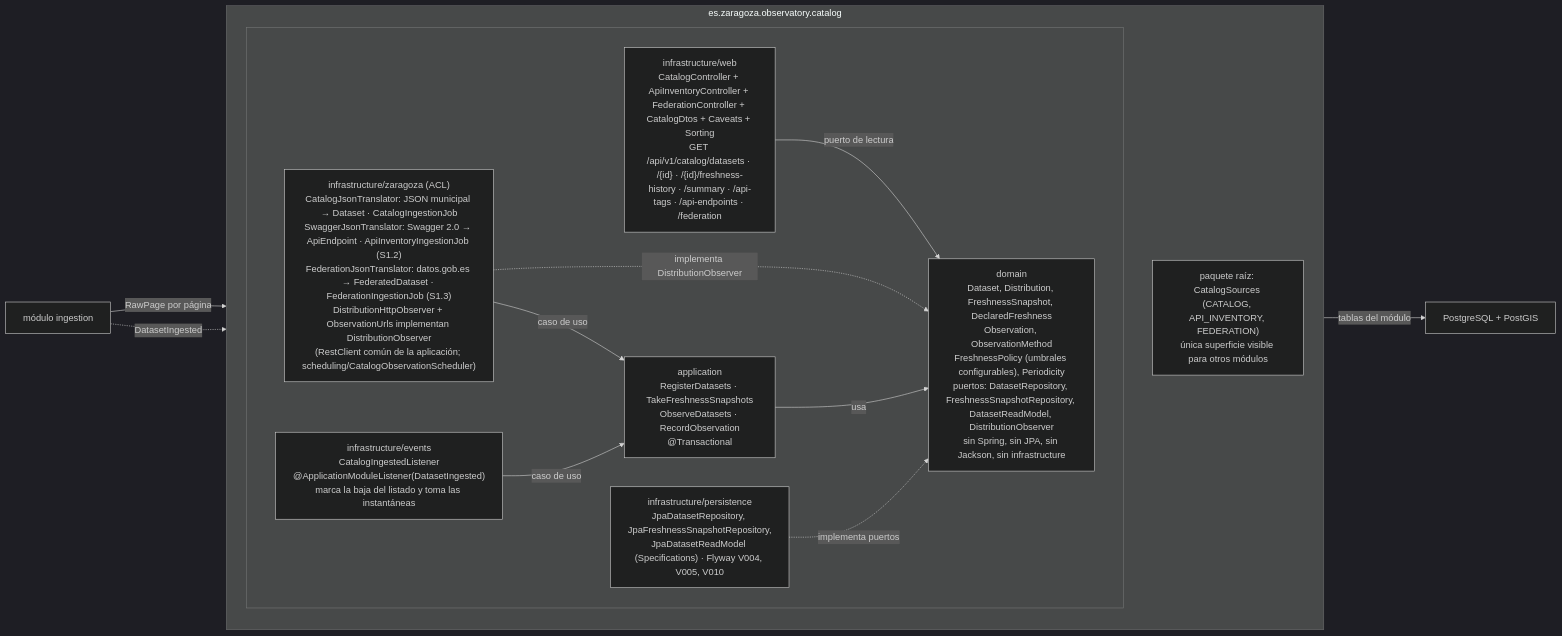
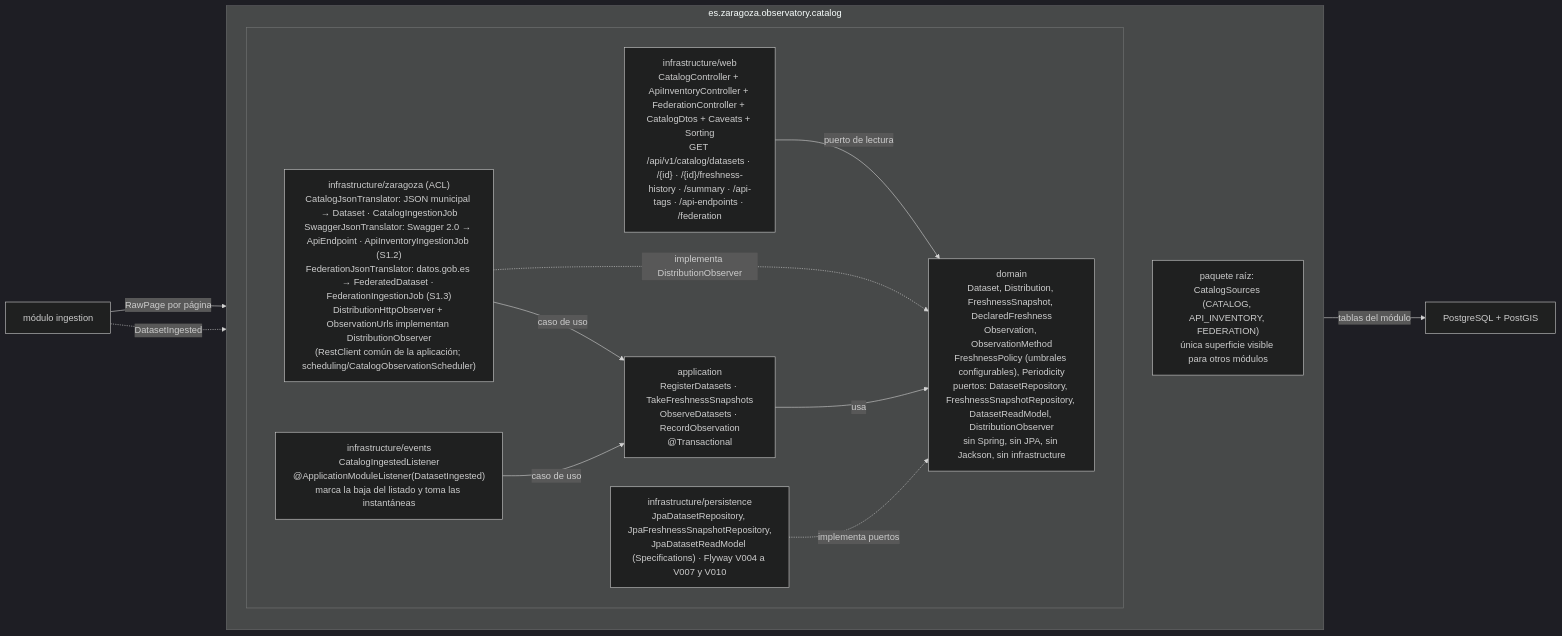
Before and after one commit to MarioNaya/zaragoza-observatorio: the third of 3 diagrams in docs/arquitectura.md, drawn with Mermaid (dark theme). The commit also changed other lines of this file and 6 other files, not shown here.

````diff
--- a/docs/arquitectura.md
+++ b/docs/arquitectura.md
@@ -104,24 +104,24 @@
 ```mermaid
 flowchart LR
   subgraph MOD["es.zaragoza.observatory.catalog"]
     direction TB
     APIP["paquete raíz: CatalogSources (CATALOG, API_INVENTORY, FEDERATION)<br/>única superficie visible para otros módulos"]
     subgraph HEX[" "]
       direction LR
       WEB["infrastructure/web<br/>CatalogController + ApiInventoryController + FederationController + CatalogDtos + Caveats + Sorting<br/>GET /api/v1/catalog/datasets · /{id} · /{id}/freshness-history · /summary · /api-tags · /api-endpoints · /federation"]
       APP["application<br/>RegisterDatasets · TakeFreshnessSnapshots<br/>ObserveDatasets · RecordObservation<br/>@Transactional"]
       DOMN["domain<br/>Dataset, Distribution, FreshnessSnapshot, DeclaredFreshness<br/>Observation, ObservationMethod<br/>FreshnessPolicy (umbrales configurables), Periodicity<br/>puertos: DatasetRepository, FreshnessSnapshotRepository, DatasetReadModel, DistributionObserver<br/>sin Spring, sin JPA, sin Jackson, sin infrastructure"]
       ZGZ["infrastructure/zaragoza (ACL)<br/>CatalogJsonTranslator: JSON municipal → Dataset · CatalogIngestionJob<br/>SwaggerJsonTranslator: Swagger 2.0 → ApiEndpoint · ApiInventoryIngestionJob (S1.2)<br/>FederationJsonTranslator: datos.gob.es → FederatedDataset · FederationIngestionJob (S1.3)<br/>DistributionHttpObserver + ObservationUrls implementan DistributionObserver<br/>(RestClient común de la aplicación; scheduling/CatalogObservationScheduler)"]
       EVT["infrastructure/events<br/>CatalogIngestedListener<br/>@ApplicationModuleListener(DatasetIngested)<br/>marca la baja del listado y toma las instantáneas"]
-      PER["infrastructure/persistence<br/>JpaDatasetRepository, JpaFreshnessSnapshotRepository,<br/>JpaDatasetReadModel (Specifications) · Flyway V004, V005, V010"]
+      PER["infrastructure/persistence<br/>JpaDatasetRepository, JpaFreshnessSnapshotRepository,<br/>JpaDatasetReadModel (Specifications) · Flyway V004 a V007 y V010"]
       WEB -- "puerto de lectura" --> DOMN
       ZGZ -- "caso de uso" --> APP
       ZGZ -. "implementa DistributionObserver" .-> DOMN
       EVT -- "caso de uso" --> APP -- "usa" --> DOMN
       PER -. "implementa puertos" .-> DOMN
     end
   end
   INGX["módulo ingestion"] -- "RawPage por página" --> ZGZ
   INGX -. "DatasetIngested" .-> EVT
   PER -- "tablas del módulo" --> PG["PostgreSQL + PostGIS"]
 ```
````
